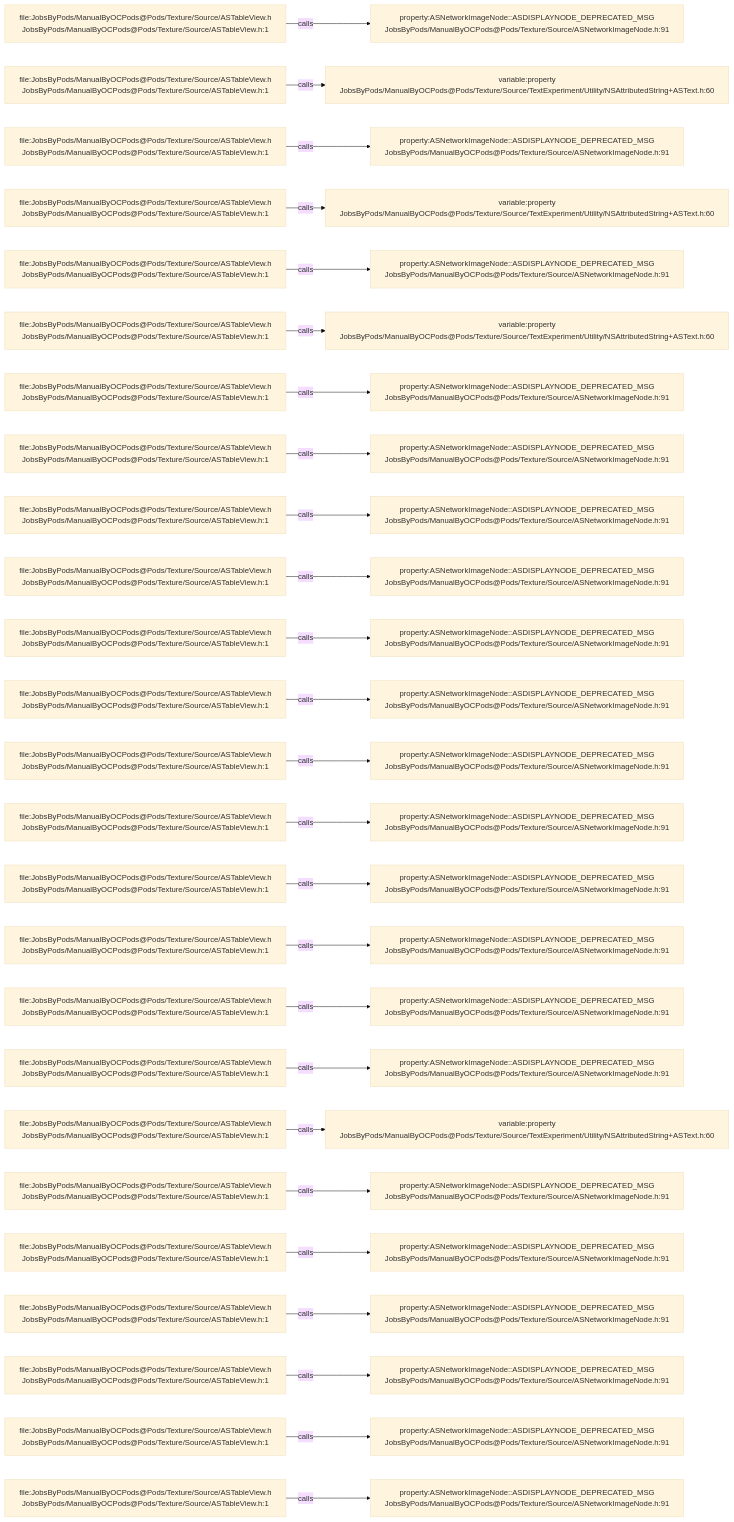
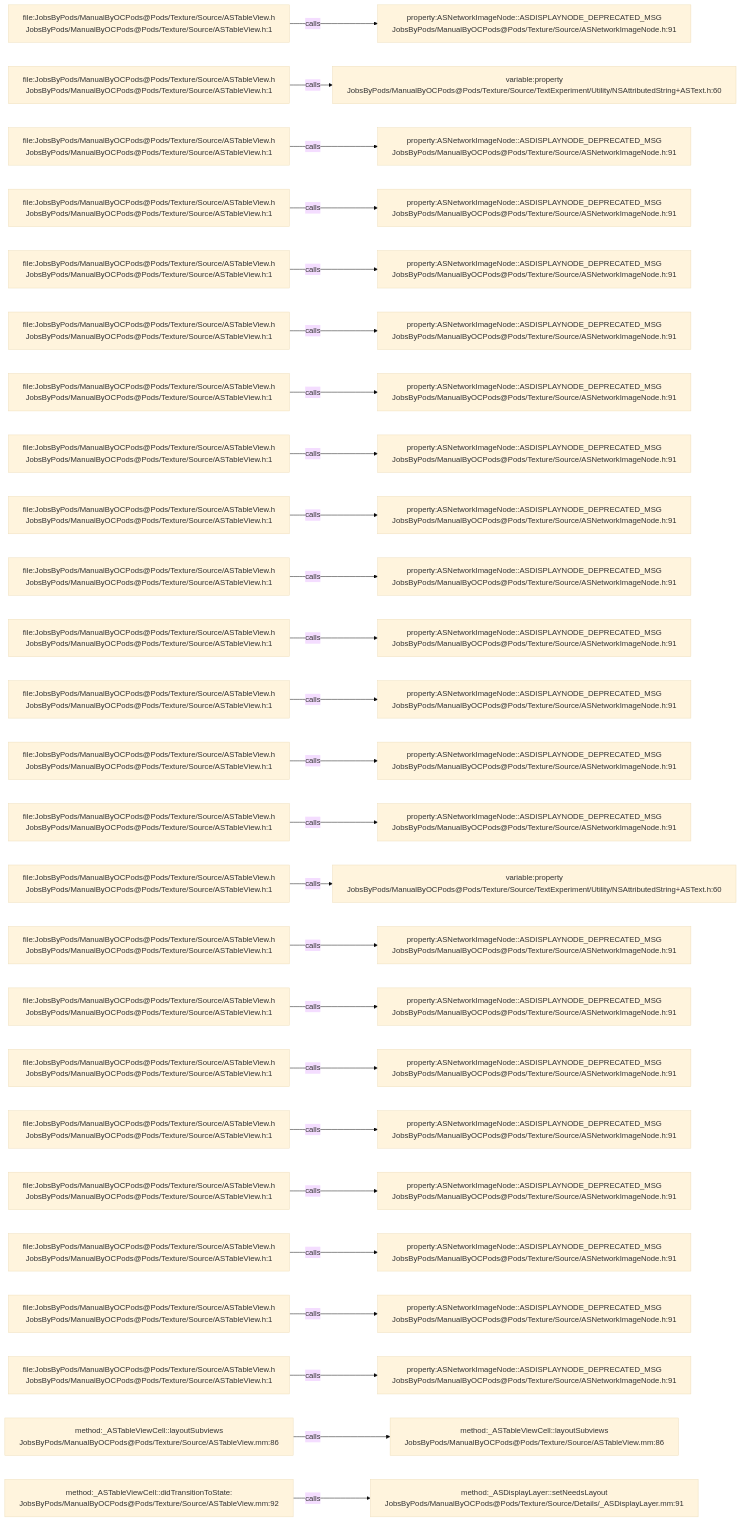
Before and after one commit to JobsKits/JobsOCBaseConfigDemo: the diagram in .codegraph/codegraph.md/graphs/calls-123.md, drawn with Mermaid (base theme). The commit also changed 727 other files, not shown here.

````diff
--- a/.codegraph/codegraph.md/graphs/calls-123.md
+++ b/.codegraph/codegraph.md/graphs/calls-123.md
@@ -13,78 +13,78 @@
 ```mermaid
 flowchart LR
   S1["file:JobsByPods/ManualByOCPods@Pods/Texture/Source/ASTableView.h<br/>JobsByPods/ManualByOCPods@Pods/Texture/Source/ASTableView.h:1"]
   T1["property:ASNetworkImageNode::ASDISPLAYNODE_DEPRECATED_MSG<br/>JobsByPods/ManualByOCPods@Pods/Texture/Source/ASNetworkImageNode.h:91"]
   S1 -->|calls| T1
   S2["file:JobsByPods/ManualByOCPods@Pods/Texture/Source/ASTableView.h<br/>JobsByPods/ManualByOCPods@Pods/Texture/Source/ASTableView.h:1"]
   T2["variable:property<br/>JobsByPods/ManualByOCPods@Pods/Texture/Source/TextExperiment/Utility/NSAttributedString+ASText.h:60"]
   S2 -->|calls| T2
   S3["file:JobsByPods/ManualByOCPods@Pods/Texture/Source/ASTableView.h<br/>JobsByPods/ManualByOCPods@Pods/Texture/Source/ASTableView.h:1"]
   T3["property:ASNetworkImageNode::ASDISPLAYNODE_DEPRECATED_MSG<br/>JobsByPods/ManualByOCPods@Pods/Texture/Source/ASNetworkImageNode.h:91"]
   S3 -->|calls| T3
   S4["file:JobsByPods/ManualByOCPods@Pods/Texture/Source/ASTableView.h<br/>JobsByPods/ManualByOCPods@Pods/Texture/Source/ASTableView.h:1"]
-  T4["variable:property<br/>JobsByPods/ManualByOCPods@Pods/Texture/Source/TextExperiment/Utility/NSAttributedString+ASText.h:60"]
+  T4["property:ASNetworkImageNode::ASDISPLAYNODE_DEPRECATED_MSG<br/>JobsByPods/ManualByOCPods@Pods/Texture/Source/ASNetworkImageNode.h:91"]
   S4 -->|calls| T4
   S5["file:JobsByPods/ManualByOCPods@Pods/Texture/Source/ASTableView.h<br/>JobsByPods/ManualByOCPods@Pods/Texture/Source/ASTableView.h:1"]
   T5["property:ASNetworkImageNode::ASDISPLAYNODE_DEPRECATED_MSG<br/>JobsByPods/ManualByOCPods@Pods/Texture/Source/ASNetworkImageNode.h:91"]
   S5 -->|calls| T5
   S6["file:JobsByPods/ManualByOCPods@Pods/Texture/Source/ASTableView.h<br/>JobsByPods/ManualByOCPods@Pods/Texture/Source/ASTableView.h:1"]
-  T6["variable:property<br/>JobsByPods/ManualByOCPods@Pods/Texture/Source/TextExperiment/Utility/NSAttributedString+ASText.h:60"]
+  T6["property:ASNetworkImageNode::ASDISPLAYNODE_DEPRECATED_MSG<br/>JobsByPods/ManualByOCPods@Pods/Texture/Source/ASNetworkImageNode.h:91"]
   S6 -->|calls| T6
   S7["file:JobsByPods/ManualByOCPods@Pods/Texture/Source/ASTableView.h<br/>JobsByPods/ManualByOCPods@Pods/Texture/Source/ASTableView.h:1"]
   T7["property:ASNetworkImageNode::ASDISPLAYNODE_DEPRECATED_MSG<br/>JobsByPods/ManualByOCPods@Pods/Texture/Source/ASNetworkImageNode.h:91"]
   S7 -->|calls| T7
   S8["file:JobsByPods/ManualByOCPods@Pods/Texture/Source/ASTableView.h<br/>JobsByPods/ManualByOCPods@Pods/Texture/Source/ASTableView.h:1"]
   T8["property:ASNetworkImageNode::ASDISPLAYNODE_DEPRECATED_MSG<br/>JobsByPods/ManualByOCPods@Pods/Texture/Source/ASNetworkImageNode.h:91"]
   S8 -->|calls| T8
   S9["file:JobsByPods/ManualByOCPods@Pods/Texture/Source/ASTableView.h<br/>JobsByPods/ManualByOCPods@Pods/Texture/Source/ASTableView.h:1"]
   T9["property:ASNetworkImageNode::ASDISPLAYNODE_DEPRECATED_MSG<br/>JobsByPods/ManualByOCPods@Pods/Texture/Source/ASNetworkImageNode.h:91"]
   S9 -->|calls| T9
   S10["file:JobsByPods/ManualByOCPods@Pods/Texture/Source/ASTableView.h<br/>JobsByPods/ManualByOCPods@Pods/Texture/Source/ASTableView.h:1"]
   T10["property:ASNetworkImageNode::ASDISPLAYNODE_DEPRECATED_MSG<br/>JobsByPods/ManualByOCPods@Pods/Texture/Source/ASNetworkImageNode.h:91"]
   S10 -->|calls| T10
   S11["file:JobsByPods/ManualByOCPods@Pods/Texture/Source/ASTableView.h<br/>JobsByPods/ManualByOCPods@Pods/Texture/Source/ASTableView.h:1"]
   T11["property:ASNetworkImageNode::ASDISPLAYNODE_DEPRECATED_MSG<br/>JobsByPods/ManualByOCPods@Pods/Texture/Source/ASNetworkImageNode.h:91"]
   S11 -->|calls| T11
   S12["file:JobsByPods/ManualByOCPods@Pods/Texture/Source/ASTableView.h<br/>JobsByPods/ManualByOCPods@Pods/Texture/Source/ASTableView.h:1"]
   T12["property:ASNetworkImageNode::ASDISPLAYNODE_DEPRECATED_MSG<br/>JobsByPods/ManualByOCPods@Pods/Texture/Source/ASNetworkImageNode.h:91"]
   S12 -->|calls| T12
   S13["file:JobsByPods/ManualByOCPods@Pods/Texture/Source/ASTableView.h<br/>JobsByPods/ManualByOCPods@Pods/Texture/Source/ASTableView.h:1"]
   T13["property:ASNetworkImageNode::ASDISPLAYNODE_DEPRECATED_MSG<br/>JobsByPods/ManualByOCPods@Pods/Texture/Source/ASNetworkImageNode.h:91"]
   S13 -->|calls| T13
   S14["file:JobsByPods/ManualByOCPods@Pods/Texture/Source/ASTableView.h<br/>JobsByPods/ManualByOCPods@Pods/Texture/Source/ASTableView.h:1"]
   T14["property:ASNetworkImageNode::ASDISPLAYNODE_DEPRECATED_MSG<br/>JobsByPods/ManualByOCPods@Pods/Texture/Source/ASNetworkImageNode.h:91"]
   S14 -->|calls| T14
   S15["file:JobsByPods/ManualByOCPods@Pods/Texture/Source/ASTableView.h<br/>JobsByPods/ManualByOCPods@Pods/Texture/Source/ASTableView.h:1"]
-  T15["property:ASNetworkImageNode::ASDISPLAYNODE_DEPRECATED_MSG<br/>JobsByPods/ManualByOCPods@Pods/Texture/Source/ASNetworkImageNode.h:91"]
+  T15["variable:property<br/>JobsByPods/ManualByOCPods@Pods/Texture/Source/TextExperiment/Utility/NSAttributedString+ASText.h:60"]
   S15 -->|calls| T15
   S16["file:JobsByPods/ManualByOCPods@Pods/Texture/Source/ASTableView.h<br/>JobsByPods/ManualByOCPods@Pods/Texture/Source/ASTableView.h:1"]
   T16["property:ASNetworkImageNode::ASDISPLAYNODE_DEPRECATED_MSG<br/>JobsByPods/ManualByOCPods@Pods/Texture/Source/ASNetworkImageNode.h:91"]
   S16 -->|calls| T16
   S17["file:JobsByPods/ManualByOCPods@Pods/Texture/Source/ASTableView.h<br/>JobsByPods/ManualByOCPods@Pods/Texture/Source/ASTableView.h:1"]
   T17["property:ASNetworkImageNode::ASDISPLAYNODE_DEPRECATED_MSG<br/>JobsByPods/ManualByOCPods@Pods/Texture/Source/ASNetworkImageNode.h:91"]
   S17 -->|calls| T17
   S18["file:JobsByPods/ManualByOCPods@Pods/Texture/Source/ASTableView.h<br/>JobsByPods/ManualByOCPods@Pods/Texture/Source/ASTableView.h:1"]
   T18["property:ASNetworkImageNode::ASDISPLAYNODE_DEPRECATED_MSG<br/>JobsByPods/ManualByOCPods@Pods/Texture/Source/ASNetworkImageNode.h:91"]
   S18 -->|calls| T18
   S19["file:JobsByPods/ManualByOCPods@Pods/Texture/Source/ASTableView.h<br/>JobsByPods/ManualByOCPods@Pods/Texture/Source/ASTableView.h:1"]
-  T19["variable:property<br/>JobsByPods/ManualByOCPods@Pods/Texture/Source/TextExperiment/Utility/NSAttributedString+ASText.h:60"]
+  T19["property:ASNetworkImageNode::ASDISPLAYNODE_DEPRECATED_MSG<br/>JobsByPods/ManualByOCPods@Pods/Texture/Source/ASNetworkImageNode.h:91"]
   S19 -->|calls| T19
   S20["file:JobsByPods/ManualByOCPods@Pods/Texture/Source/ASTableView.h<br/>JobsByPods/ManualByOCPods@Pods/Texture/Source/ASTableView.h:1"]
   T20["property:ASNetworkImageNode::ASDISPLAYNODE_DEPRECATED_MSG<br/>JobsByPods/ManualByOCPods@Pods/Texture/Source/ASNetworkImageNode.h:91"]
   S20 -->|calls| T20
   S21["file:JobsByPods/ManualByOCPods@Pods/Texture/Source/ASTableView.h<br/>JobsByPods/ManualByOCPods@Pods/Texture/Source/ASTableView.h:1"]
   T21["property:ASNetworkImageNode::ASDISPLAYNODE_DEPRECATED_MSG<br/>JobsByPods/ManualByOCPods@Pods/Texture/Source/ASNetworkImageNode.h:91"]
   S21 -->|calls| T21
   S22["file:JobsByPods/ManualByOCPods@Pods/Texture/Source/ASTableView.h<br/>JobsByPods/ManualByOCPods@Pods/Texture/Source/ASTableView.h:1"]
   T22["property:ASNetworkImageNode::ASDISPLAYNODE_DEPRECATED_MSG<br/>JobsByPods/ManualByOCPods@Pods/Texture/Source/ASNetworkImageNode.h:91"]
   S22 -->|calls| T22
   S23["file:JobsByPods/ManualByOCPods@Pods/Texture/Source/ASTableView.h<br/>JobsByPods/ManualByOCPods@Pods/Texture/Source/ASTableView.h:1"]
   T23["property:ASNetworkImageNode::ASDISPLAYNODE_DEPRECATED_MSG<br/>JobsByPods/ManualByOCPods@Pods/Texture/Source/ASNetworkImageNode.h:91"]
   S23 -->|calls| T23
-  S24["file:JobsByPods/ManualByOCPods@Pods/Texture/Source/ASTableView.h<br/>JobsByPods/ManualByOCPods@Pods/Texture/Source/ASTableView.h:1"]
-  T24["property:ASNetworkImageNode::ASDISPLAYNODE_DEPRECATED_MSG<br/>JobsByPods/ManualByOCPods@Pods/Texture/Source/ASNetworkImageNode.h:91"]
+  S24["method:_ASTableViewCell::layoutSubviews<br/>JobsByPods/ManualByOCPods@Pods/Texture/Source/ASTableView.mm:86"]
+  T24["method:_ASTableViewCell::layoutSubviews<br/>JobsByPods/ManualByOCPods@Pods/Texture/Source/ASTableView.mm:86"]
   S24 -->|calls| T24
-  S25["file:JobsByPods/ManualByOCPods@Pods/Texture/Source/ASTableView.h<br/>JobsByPods/ManualByOCPods@Pods/Texture/Source/ASTableView.h:1"]
-  T25["property:ASNetworkImageNode::ASDISPLAYNODE_DEPRECATED_MSG<br/>JobsByPods/ManualByOCPods@Pods/Texture/Source/ASNetworkImageNode.h:91"]
+  S25["method:_ASTableViewCell::didTransitionToState:<br/>JobsByPods/ManualByOCPods@Pods/Texture/Source/ASTableView.mm:92"]
+  T25["method:_ASDisplayLayer::setNeedsLayout<br/>JobsByPods/ManualByOCPods@Pods/Texture/Source/Details/_ASDisplayLayer.mm:91"]
   S25 -->|calls| T25
 ```
````
